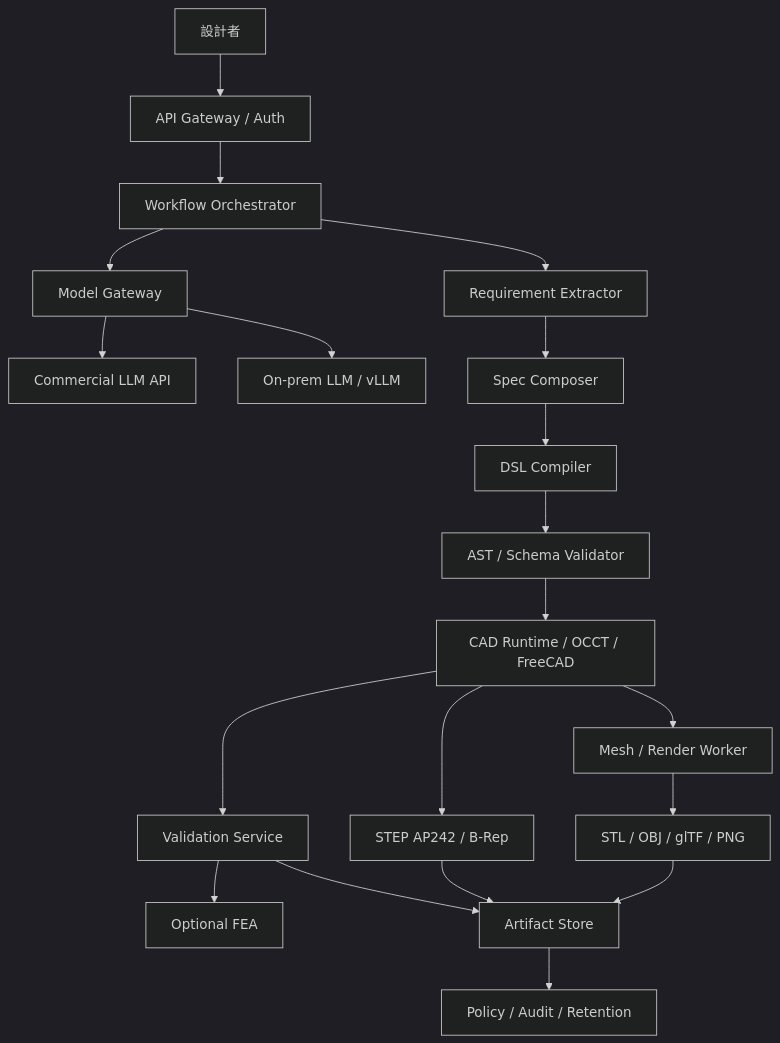
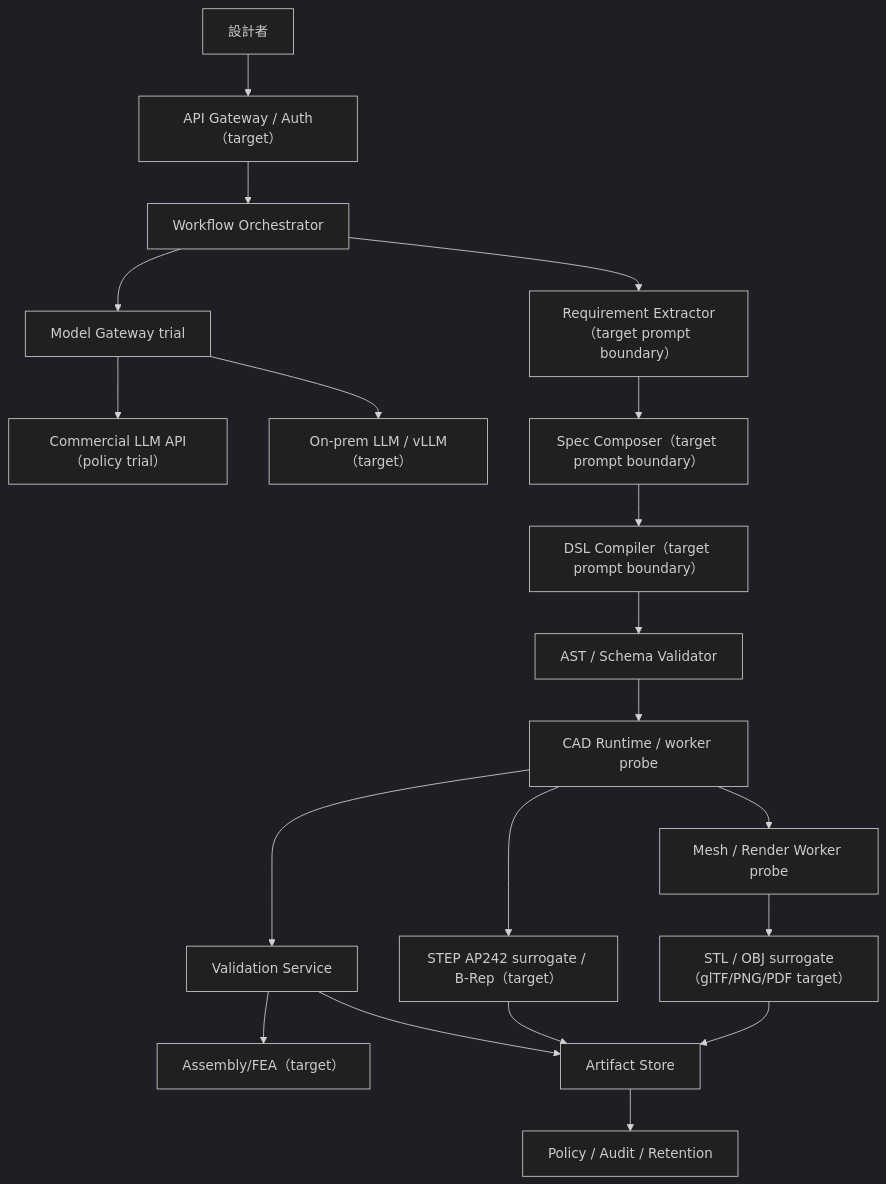
Before and after one commit to dio16/cad_agents: the diagram in docs/architecture_ja.md, drawn with Mermaid (dark theme). The commit also changed other lines of this file and 43 other files, not shown here.

````diff
--- a/docs/architecture_ja.md
+++ b/docs/architecture_ja.md
@@ -7,22 +9,22 @@
 ```mermaid
 flowchart TD
-    U[設計者] --> API[API Gateway / Auth]
+    U[設計者] --> API[API Gateway / Auth（target）]
     API --> ORCH[Workflow Orchestrator]
-    ORCH --> MGW[Model Gateway]
-    MGW --> COM[Commercial LLM API]
-    MGW --> ONP[On-prem LLM / vLLM]
-    ORCH --> REQ[Requirement Extractor]
-    REQ --> SPEC[Spec Composer]
-    SPEC --> DSL[DSL Compiler]
+    ORCH --> MGW[Model Gateway trial]
+    MGW --> COM[Commercial LLM API（policy trial）]
+    MGW --> ONP[On-prem LLM / vLLM（target）]
+    ORCH --> REQ[Requirement Extractor（target prompt boundary）]
+    REQ --> SPEC[Spec Composer（target prompt boundary）]
+    SPEC --> DSL[DSL Compiler（target prompt boundary）]
     DSL --> AST[AST / Schema Validator]
-    AST --> CAD[CAD Runtime / OCCT / FreeCAD]
-    CAD --> STEP[STEP AP242 / B-Rep]
-    CAD --> MESH[Mesh / Render Worker]
-    MESH --> DER[STL / OBJ / glTF / PNG]
+    AST --> CAD[CAD Runtime / worker probe]
+    CAD --> STEP[STEP AP242 surrogate / B-Rep（target）]
+    CAD --> MESH[Mesh / Render Worker probe]
+    MESH --> DER[STL / OBJ surrogate（glTF/PNG/PDF target）]
     CAD --> VAL[Validation Service]
-    VAL --> FEA[Optional FEA]
+    VAL --> FEA[Assembly/FEA（target）]
     VAL --> ART[Artifact Store]
     STEP --> ART
     DER --> ART
     ART --> AUD[Policy / Audit / Retention]
 ```
````
